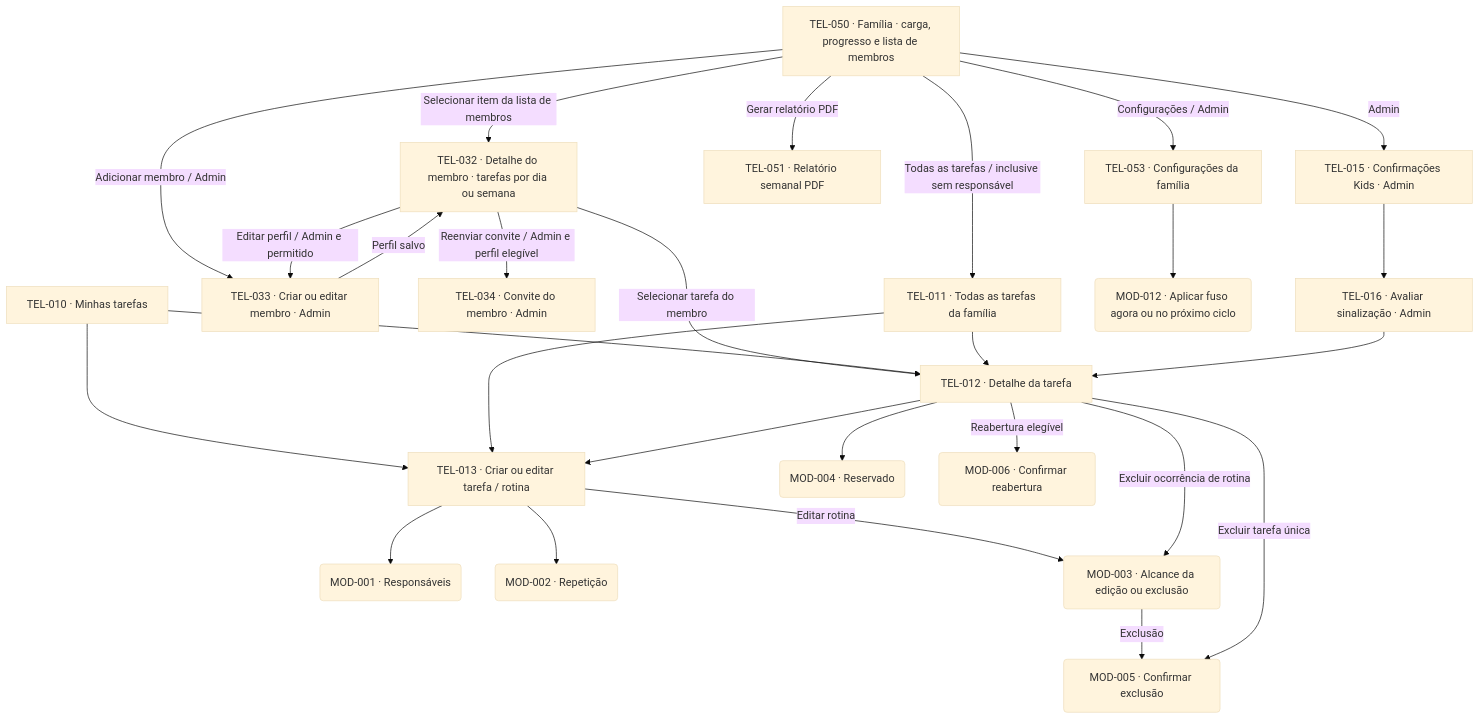
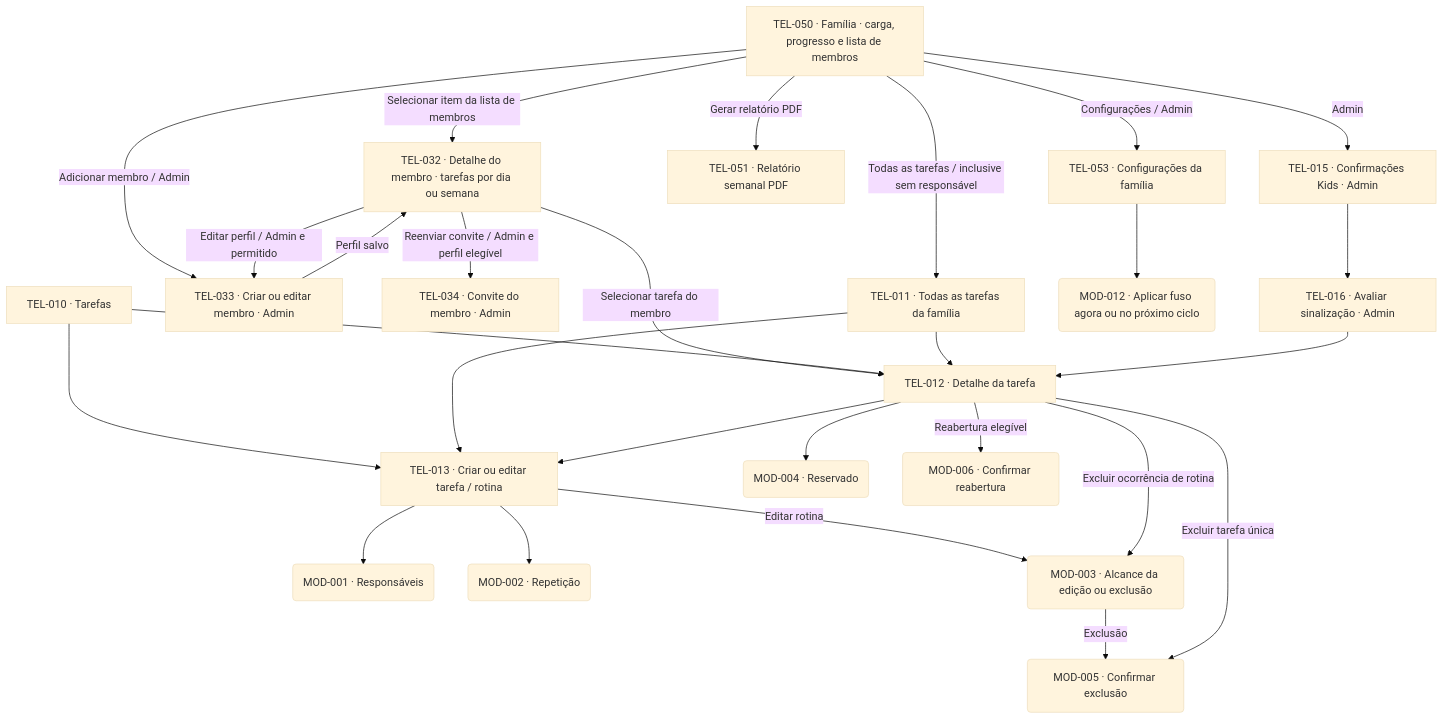
Before and after one commit to lizandramalta/App-Rotina-Familiar: the second of 6 diagrams in docs/design/screen-map.md, drawn with Mermaid (base theme). The commit also changed other lines of this file and 9 other files, not shown here.

````diff
--- a/docs/design/screen-map.md
+++ b/docs/design/screen-map.md
@@ -74,46 +74,46 @@
 ```mermaid
 flowchart TD
-    T010["TEL-010 · Minhas tarefas"]
+    T010["TEL-010 · Tarefas"]
     T050["TEL-050 · Família · carga, progresso e lista de membros"]
     T032["TEL-032 · Detalhe do membro · tarefas por dia ou semana"]
     T033["TEL-033 · Criar ou editar membro · Admin"]
     T034["TEL-034 · Convite do membro · Admin"]
     T011["TEL-011 · Todas as tarefas da família"]
     T012["TEL-012 · Detalhe da tarefa"]
     T013["TEL-013 · Criar ou editar tarefa / rotina"]
     T015["TEL-015 · Confirmações Kids · Admin"]
     T016["TEL-016 · Avaliar sinalização · Admin"]
     T051["TEL-051 · Relatório semanal PDF"]
     M001("MOD-001 · Responsáveis")
     M002("MOD-002 · Repetição")
     M003("MOD-003 · Alcance da edição ou exclusão")
     M004("MOD-004 · Reservado")
     M005("MOD-005 · Confirmar exclusão")
     M006("MOD-006 · Confirmar reabertura")
     T050 -->|Selecionar item da lista de membros| T032
     T050 -->|Adicionar membro / Admin| T033
     T032 -->|Editar perfil / Admin e permitido| T033
     T032 -->|Reenviar convite / Admin e perfil elegível| T034
     T032 -->|Selecionar tarefa do membro| T012
     T033 -->|Perfil salvo| T032
     T050 -->|Todas as tarefas / inclusive sem responsável| T011
     T050 -->|Gerar relatório PDF| T051
     T050 -->|Configurações / Admin| T053["TEL-053 · Configurações da família"]
     T053 --> M012("MOD-012 · Aplicar fuso agora ou no próximo ciclo")
     T050 -->|Admin| T015
     T010 --> T012
     T010 --> T013
     T011 --> T012
     T011 --> T013
     T012 --> T013
     T013 --> M001
     T013 --> M002
     T013 -->|Editar rotina| M003
     T012 --> M004
     T012 -->|Excluir ocorrência de rotina| M003
     M003 -->|Exclusão| M005
     T012 -->|Excluir tarefa única| M005
     T012 -->|Reabertura elegível| M006
     T015 --> T016
     T016 --> T012
 ```
````
